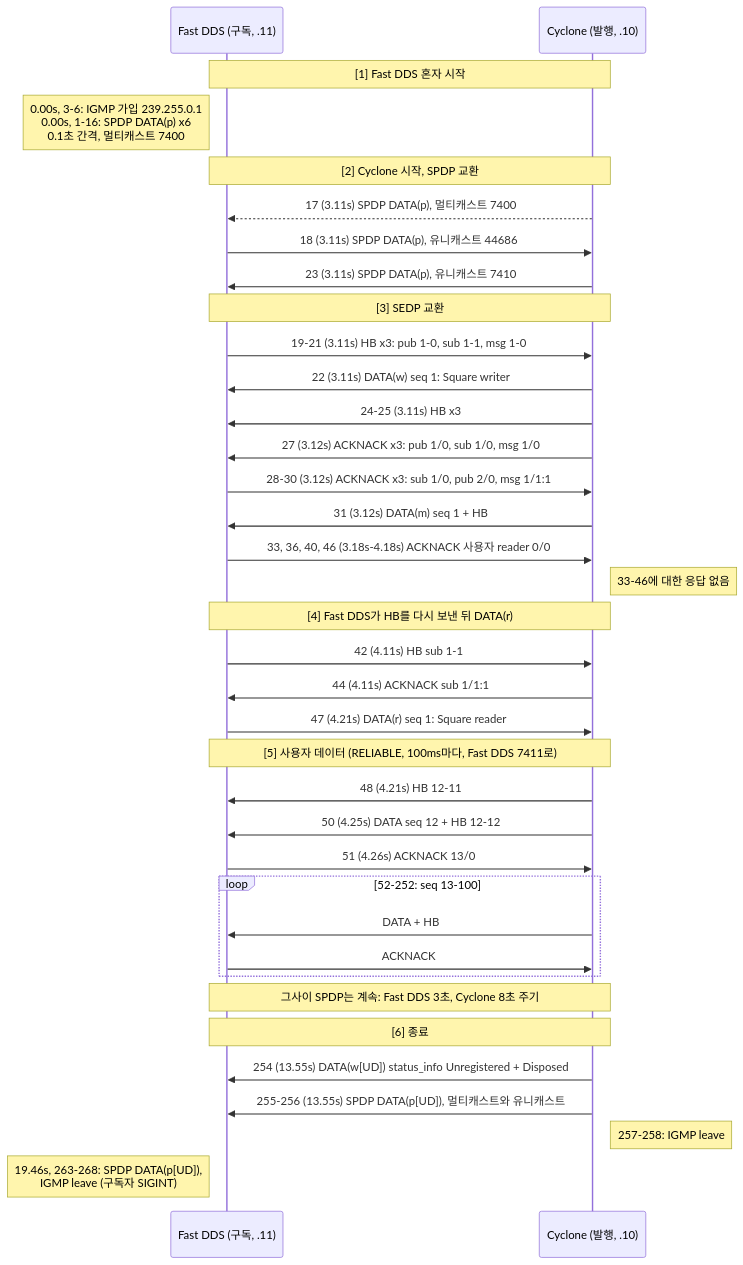
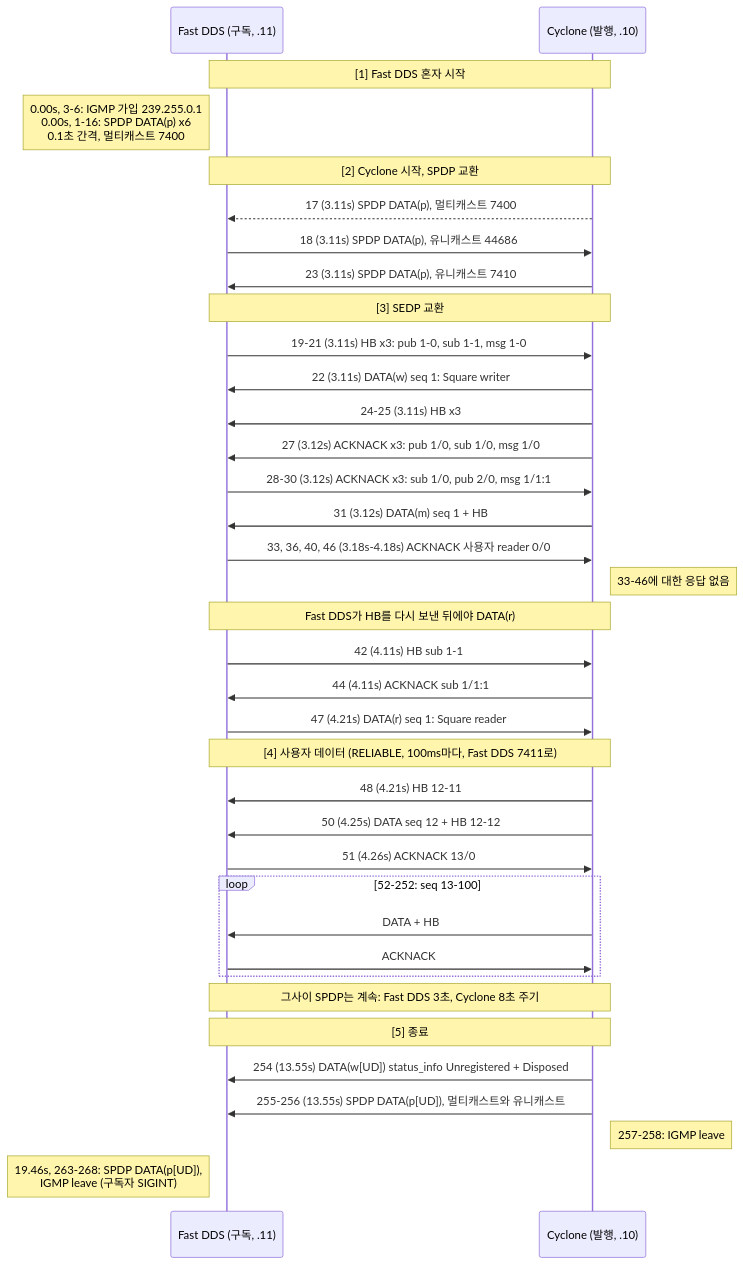
One commit to danielhongwoo/mdds changed the first of 9 diagrams in captures/cyclone-fastdds/README.md. Above: the diagram before and after it, drawn with Mermaid. The commit also changed other lines of this file and 38 other files, not shown here.

````diff
--- a/captures/cyclone-fastdds/README.md
+++ b/captures/cyclone-fastdds/README.md
@@ -38,44 +38,44 @@
 ```mermaid
 sequenceDiagram
     participant F as Fast DDS (구독, .11)
     participant C as Cyclone (발행, .10)
 
     Note over F,C: [1] Fast DDS 혼자 시작
     Note left of F: 0.00s, 3-6: IGMP 가입 239.255.0.1<br/>0.00s, 1-16: SPDP DATA(p) x6<br/>0.1초 간격, 멀티캐스트 7400
 
     Note over F,C: [2] Cyclone 시작, SPDP 교환
     C-->>F: 17 (3.11s) SPDP DATA(p), 멀티캐스트 7400
     F->>C: 18 (3.11s) SPDP DATA(p), 유니캐스트 44686
     C->>F: 23 (3.11s) SPDP DATA(p), 유니캐스트 7410
 
     Note over F,C: [3] SEDP 교환
     F->>C: 19-21 (3.11s) HB x3: pub 1-0, sub 1-1, msg 1-0
     C->>F: 22 (3.11s) DATA(w) seq 1: Square writer
     C->>F: 24-25 (3.11s) HB x3
     C->>F: 27 (3.12s) ACKNACK x3: pub 1/0, sub 1/0, msg 1/0
     F->>C: 28-30 (3.12s) ACKNACK x3: sub 1/0, pub 2/0, msg 1/1:1
     C->>F: 31 (3.12s) DATA(m) seq 1 + HB
     F->>C: 33, 36, 40, 46 (3.18s-4.18s) ACKNACK 사용자 reader 0/0
     Note right of C: 33-46에 대한 응답 없음
 
-    Note over F,C: [4] Fast DDS가 HB를 다시 보낸 뒤 DATA(r)
+    Note over F,C: Fast DDS가 HB를 다시 보낸 뒤에야 DATA(r)
     F->>C: 42 (4.11s) HB sub 1-1
     C->>F: 44 (4.11s) ACKNACK sub 1/1:1
     F->>C: 47 (4.21s) DATA(r) seq 1: Square reader
 
-    Note over F,C: [5] 사용자 데이터 (RELIABLE, 100ms마다, Fast DDS 7411로)
+    Note over F,C: [4] 사용자 데이터 (RELIABLE, 100ms마다, Fast DDS 7411로)
     C->>F: 48 (4.21s) HB 12-11
     C->>F: 50 (4.25s) DATA seq 12 + HB 12-12
     F->>C: 51 (4.26s) ACKNACK 13/0
     loop 52-252: seq 13-100
         C->>F: DATA + HB
         F->>C: ACKNACK
     end
     Note over F,C: 그사이 SPDP는 계속: Fast DDS 3초, Cyclone 8초 주기
 
-    Note over F,C: [6] 종료
+    Note over F,C: [5] 종료
     C->>F: 254 (13.55s) DATA(w[UD]) status_info Unregistered + Disposed
     C->>F: 255-256 (13.55s) SPDP DATA(p[UD]), 멀티캐스트와 유니캐스트
     Note right of C: 257-258: IGMP leave
     Note left of F: 19.46s, 263-268: SPDP DATA(p[UD]),<br/>IGMP leave (구독자 SIGINT)
 ```
````
